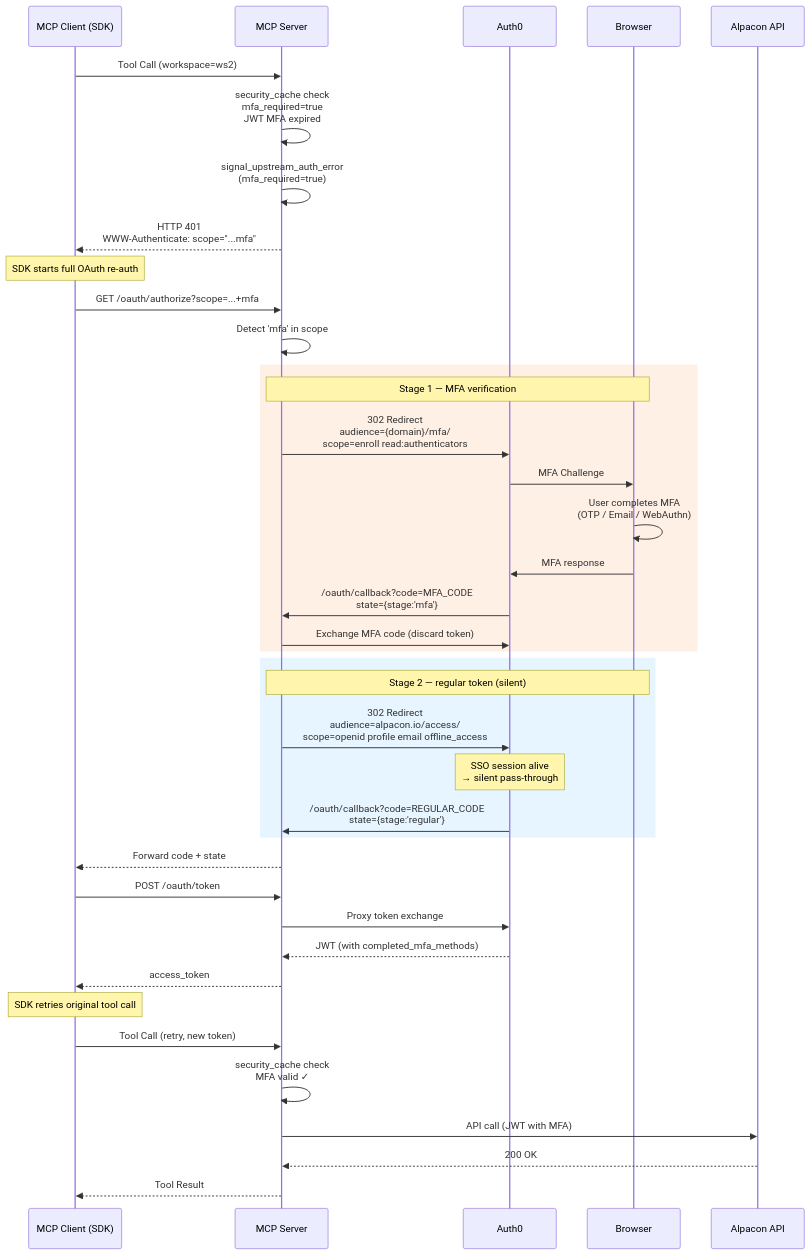
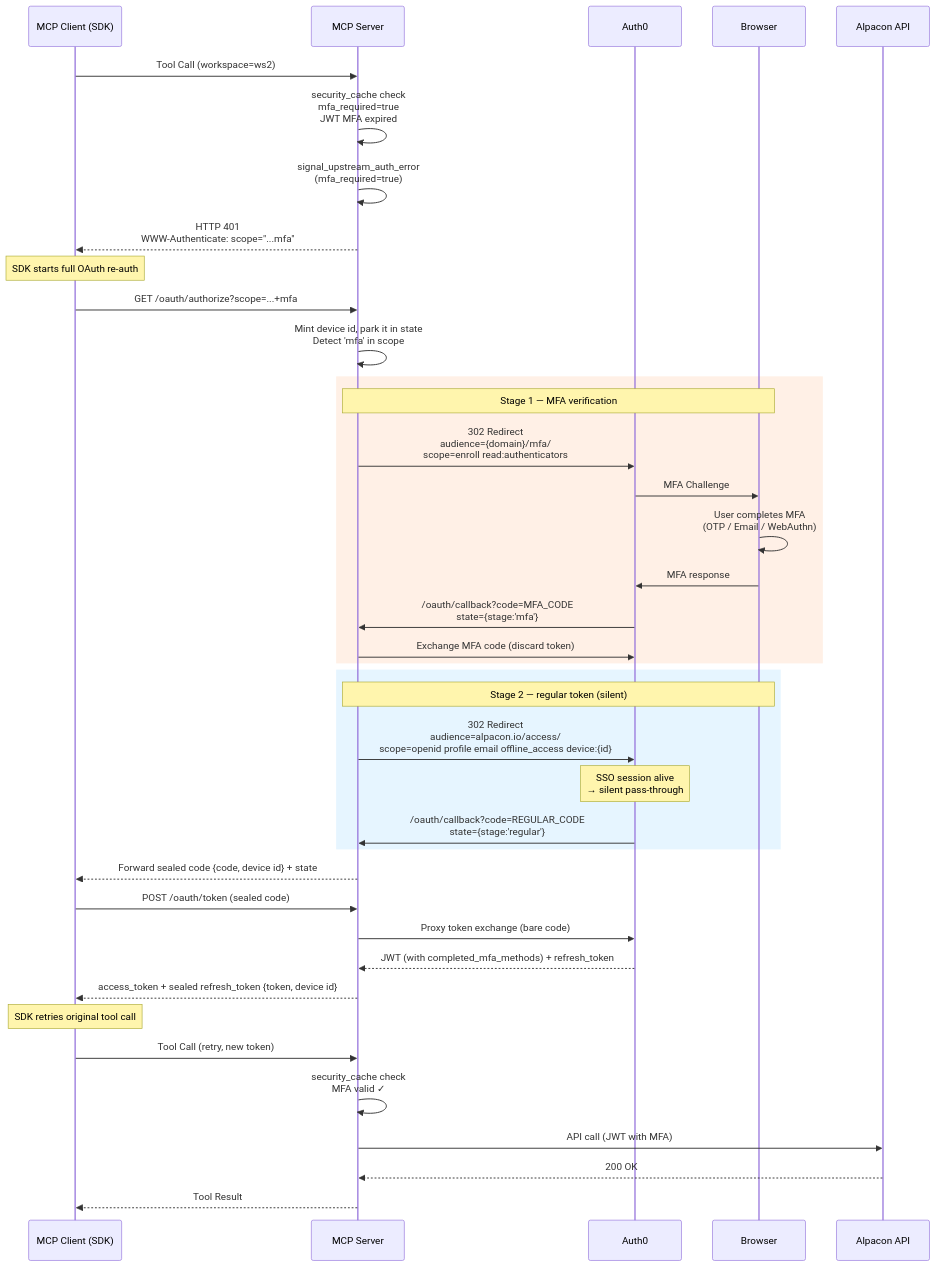
Before and after one commit to alpacax/alpacon-mcp: the second of 3 diagrams in docs/mfa-reauth-flow.md, drawn with Mermaid. The commit also changed other lines of this file and 4 other files, not shown here.

````diff
--- a/docs/mfa-reauth-flow.md
+++ b/docs/mfa-reauth-flow.md
@@ -28,51 +28,51 @@
 ```mermaid
 sequenceDiagram
     participant C as MCP Client (SDK)
     participant S as MCP Server
     participant A0 as Auth0
     participant B as Browser
 
     C->>S: Tool Call (workspace=ws2)
     S->>S: security_cache check<br/>mfa_required=true<br/>JWT MFA expired
 
     S->>S: signal_upstream_auth_error<br/>(mfa_required=true)
     S-->>C: HTTP 401<br/>WWW-Authenticate: scope="...mfa"
 
     Note over C: SDK starts full OAuth re-auth
 
     C->>S: GET /oauth/authorize?scope=...+mfa
-    S->>S: Detect 'mfa' in scope
+    S->>S: Mint device id, park it in state<br/>Detect 'mfa' in scope
 
     rect rgb(255, 240, 230)
         Note over S,B: Stage 1 — MFA verification
         S->>A0: 302 Redirect<br/>audience={domain}/mfa/<br/>scope=enroll read:authenticators
         A0->>B: MFA Challenge
         B->>B: User completes MFA<br/>(OTP / Email / WebAuthn)
         B->>A0: MFA response
         A0->>S: /oauth/callback?code=MFA_CODE<br/>state={stage:'mfa'}
         S->>A0: Exchange MFA code (discard token)
     end
 
     rect rgb(230, 245, 255)
         Note over S,B: Stage 2 — regular token (silent)
-        S->>A0: 302 Redirect<br/>audience=alpacon.io/access/<br/>scope=openid profile email offline_access
+        S->>A0: 302 Redirect<br/>audience=alpacon.io/access/<br/>scope=openid profile email offline_access device:{id}
         Note over A0: SSO session alive<br/>→ silent pass-through
         A0->>S: /oauth/callback?code=REGULAR_CODE<br/>state={stage:'regular'}
     end
 
-    S-->>C: Forward code + state
-    C->>S: POST /oauth/token
-    S->>A0: Proxy token exchange
-    A0-->>S: JWT (with completed_mfa_methods)
-    S-->>C: access_token
+    S-->>C: Forward sealed code {code, device id} + state
+    C->>S: POST /oauth/token (sealed code)
+    S->>A0: Proxy token exchange (bare code)
+    A0-->>S: JWT (with completed_mfa_methods) + refresh_token
+    S-->>C: access_token + sealed refresh_token {token, device id}
 
     Note over C: SDK retries original tool call
 
     C->>S: Tool Call (retry, new token)
     S->>S: security_cache check<br/>MFA valid ✓
 
     participant API as Alpacon API
     S->>API: API call (JWT with MFA)
     API-->>S: 200 OK
     S-->>C: Tool Result
 ```
````
